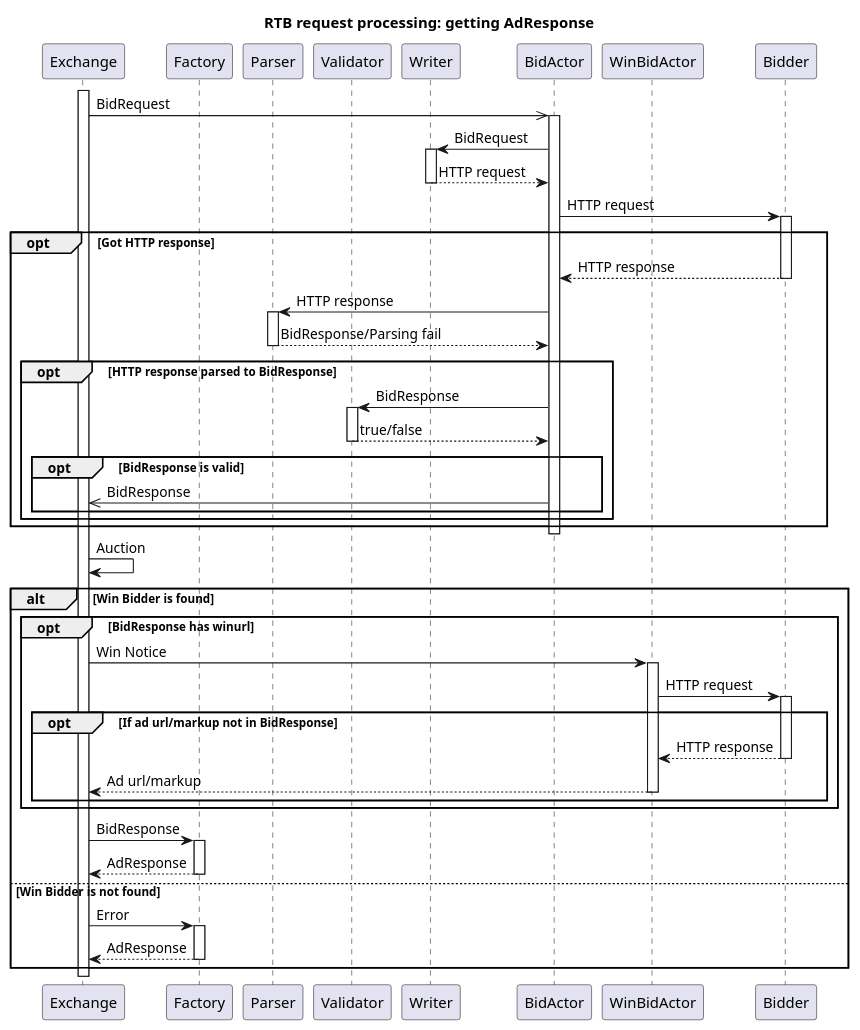
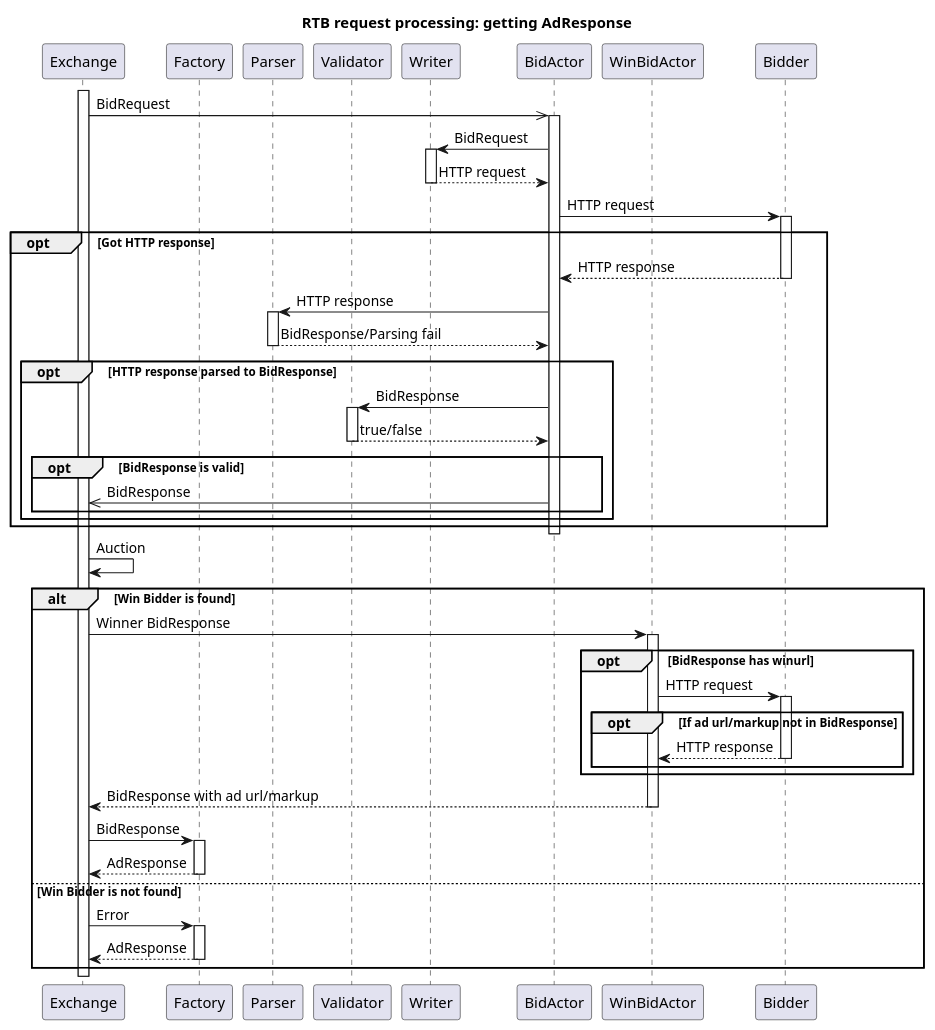
Before and after one commit to bwsw/simple-rtb-exchange: the diagram in diagrams/request_processing_getting_adresponse.puml, drawn with PlantUML.

Commit message:
Rtb processing diagram. Fix winner processing.

```diff
--- a/diagrams/request_processing_getting_adresponse.puml
+++ b/diagrams/request_processing_getting_adresponse.puml
@@ -1,75 +1,75 @@
 @startuml
 
 title RTB request processing: getting AdResponse
 
 participant Exchange
 participant Factory
 participant Parser
 participant Validator
 participant Writer
 participant BidActor
 participant WinBidActor
 participant Bidder
 
 activate Exchange
 Exchange ->> BidActor: BidRequest
 activate BidActor
 
 BidActor -> Writer: BidRequest
 activate Writer
 Writer --> BidActor: HTTP request
 deactivate Writer
 
 BidActor -> Bidder: HTTP request
 activate Bidder
 opt Got HTTP response
     BidActor <-- Bidder: HTTP response
     deactivate Bidder
 
     BidActor -> Parser: HTTP response
     activate Parser
 
     BidActor <-- Parser: BidResponse/Parsing fail
     deactivate Parser
     opt HTTP response parsed to BidResponse
         BidActor -> Validator: BidResponse
         activate Validator
         BidActor <-- Validator: true/false
         deactivate Validator
         opt BidResponse is valid
             Exchange <<- BidActor: BidResponse
         end
     end
 end
 
 deactivate BidActor
     
 Exchange -> Exchange: Auction
 
 alt Win Bidder is found
+    Exchange -> WinBidActor: Winner BidResponse
+    activate WinBidActor
     opt BidResponse has winurl
-        Exchange -> WinBidActor: Win Notice
-        activate WinBidActor
         WinBidActor -> Bidder: HTTP request
         activate Bidder
         opt If ad url/markup not in BidResponse
             WinBidActor <-- Bidder: HTTP response
             deactivate Bidder
-            Exchange <-- WinBidActor: Ad url/markup
-            deactivate WinBidActor
         end
     end
+    Exchange <-- WinBidActor: BidResponse with ad url/markup
+    deactivate WinBidActor
 
     Exchange -> Factory: BidResponse
     activate Factory
     Exchange <-- Factory: AdResponse
     deactivate Factory
 
 else Win Bidder is not found
     Exchange -> Factory: Error
     activate Factory
     Exchange <-- Factory: AdResponse
     deactivate Factory
 end
 
 @enduml
```
